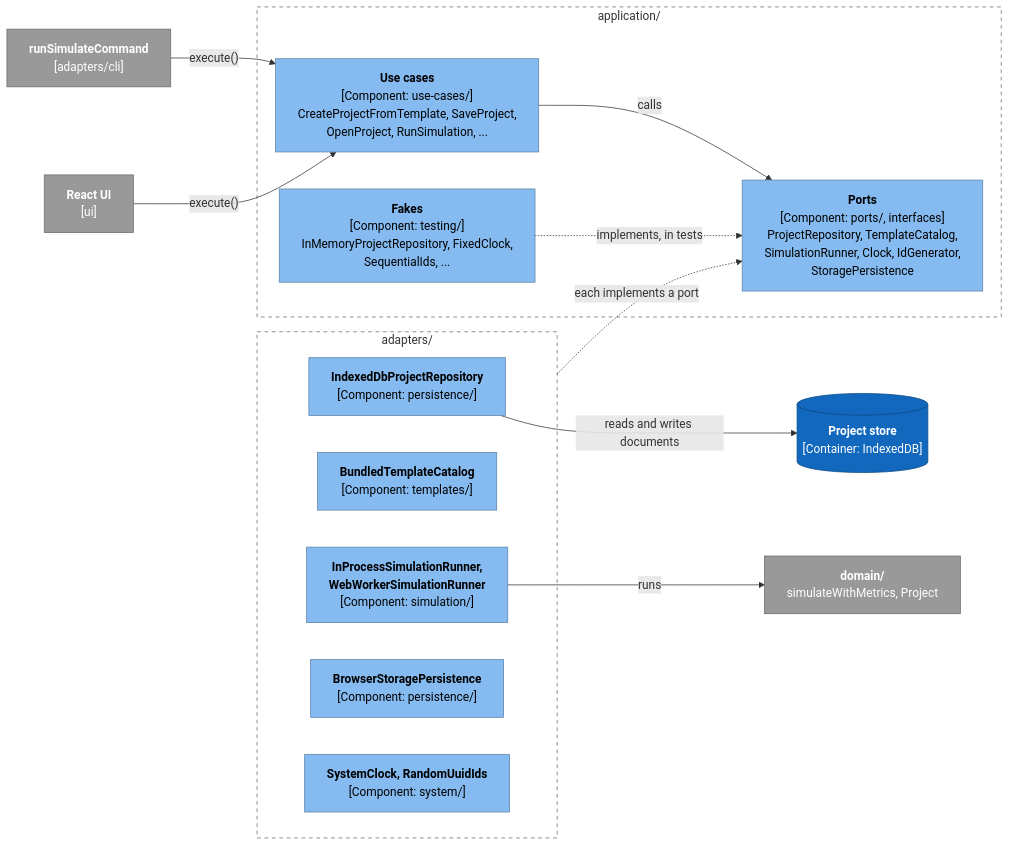
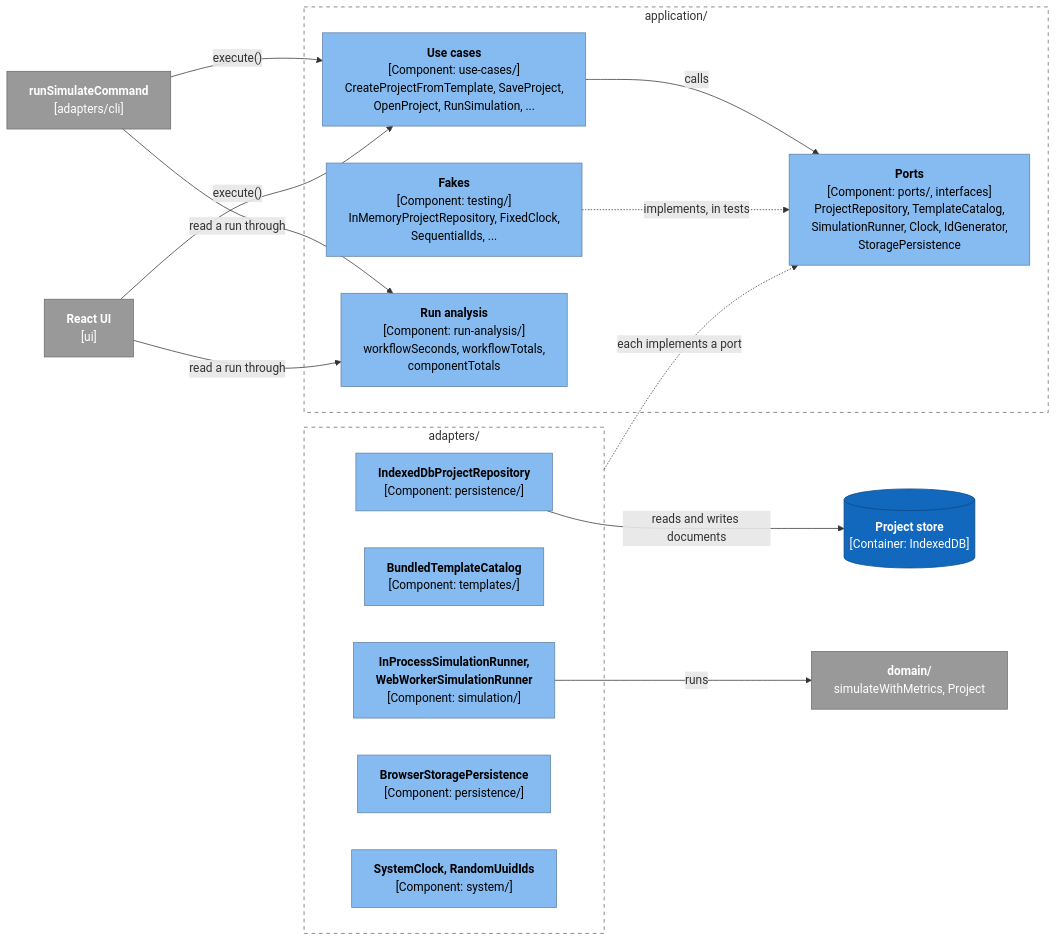
One commit to alanbickel/wind-tunnel changed the first of 2 diagrams in docs/architecture/application-layer.md. Above: the diagram before and after it, drawn with Mermaid. The commit also changed other lines of this file and 25 other files, not shown here.

Commit message:
refactor(application): share run totals and per-second counts between the CLI and the run panel (#48)

````diff
--- a/docs/architecture/application-layer.md
+++ b/docs/architecture/application-layer.md
@@ -13,33 +13,35 @@
 ```mermaid
 %%{init: {"flowchart": {"wrappingWidth": 320}}}%%
 flowchart LR
     cli["<b>runSimulateCommand</b><br/>[adapters/cli]"]:::external
     ui["<b>React UI</b><br/>[ui]"]:::external
     subgraph app["application/"]
         uc["<b>Use cases</b><br/>[Component: use-cases/]<br/>CreateProjectFromTemplate, SaveProject,<br/>OpenProject, RunSimulation, ..."]:::component
         ports["<b>Ports</b><br/>[Component: ports/, interfaces]<br/>ProjectRepository, TemplateCatalog,<br/>SimulationRunner, Clock, IdGenerator,<br/>StoragePersistence"]:::component
         fakes["<b>Fakes</b><br/>[Component: testing/]<br/>InMemoryProjectRepository, FixedClock,<br/>SequentialIds, ..."]:::component
+        ra["<b>Run analysis</b><br/>[Component: run-analysis/]<br/>workflowSeconds, workflowTotals,<br/>componentTotals"]:::component
     end
     subgraph ad["adapters/"]
         repo["<b>IndexedDbProjectRepository</b><br/>[Component: persistence/]"]:::component
         cat["<b>BundledTemplateCatalog</b><br/>[Component: templates/]"]:::component
         run["<b>InProcessSimulationRunner,<br/>WebWorkerSimulationRunner</b><br/>[Component: simulation/]"]:::component
         sp["<b>BrowserStoragePersistence</b><br/>[Component: persistence/]"]:::component
         sys["<b>SystemClock, RandomUuidIds</b><br/>[Component: system/]"]:::component
     end
     db[("<b>Project store</b><br/>[Container: IndexedDB]")]:::system
     dom["<b>domain/</b><br/>simulateWithMetrics, Project"]:::external
     cli & ui -->|"execute()"| uc
+    cli & ui -->|"read a run through"| ra
     uc -->|"calls"| ports
     fakes -.->|"implements, in tests"| ports
     ad -.->|"each implements a port"| ports
     repo -->|"reads and writes documents"| db
     run -->|"runs"| dom
     style app fill:none,stroke:#666,stroke-dasharray:5 5
     style ad fill:none,stroke:#666,stroke-dasharray:5 5
     classDef person fill:#08427b,stroke:#052e56,color:#fff
     classDef system fill:#1168bd,stroke:#0b4884,color:#fff
     classDef component fill:#85bbf0,stroke:#5d82a8,color:#000
     classDef external fill:#999,stroke:#6b6b6b,color:#fff
     classDef planned fill:#fff,stroke:#1168bd,color:#1168bd,stroke-dasharray:5 5
 ```
````
